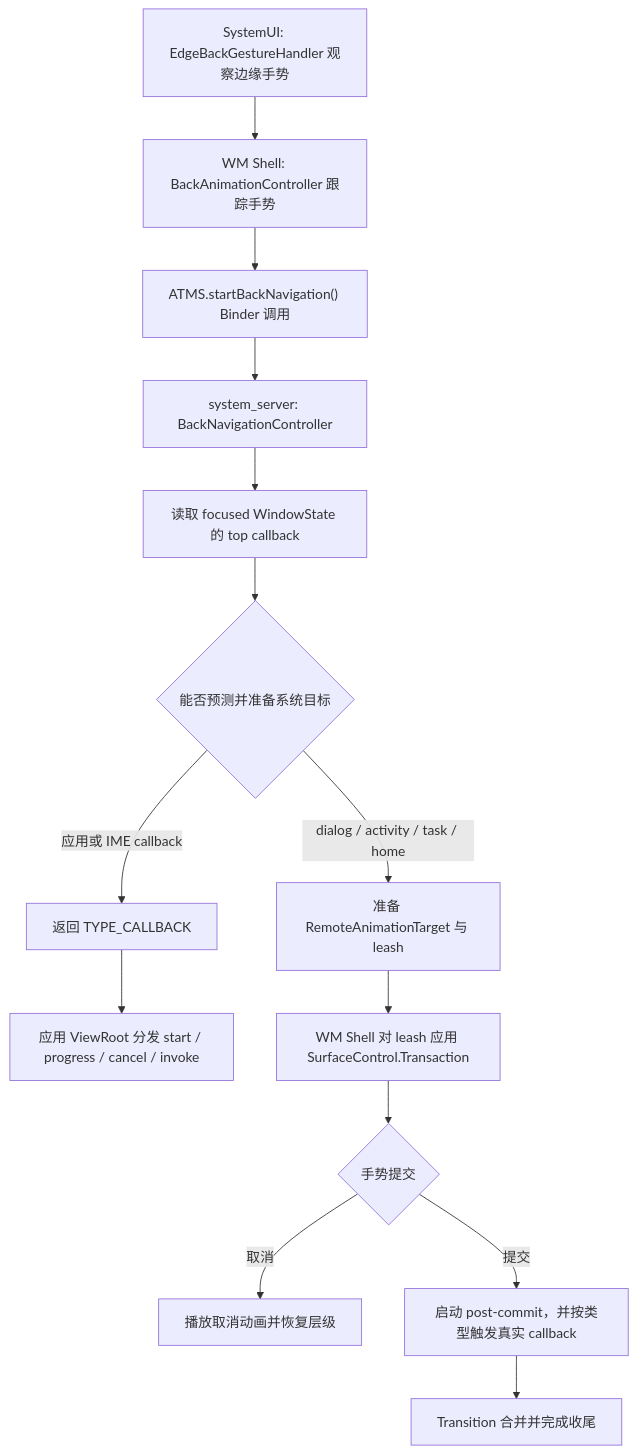
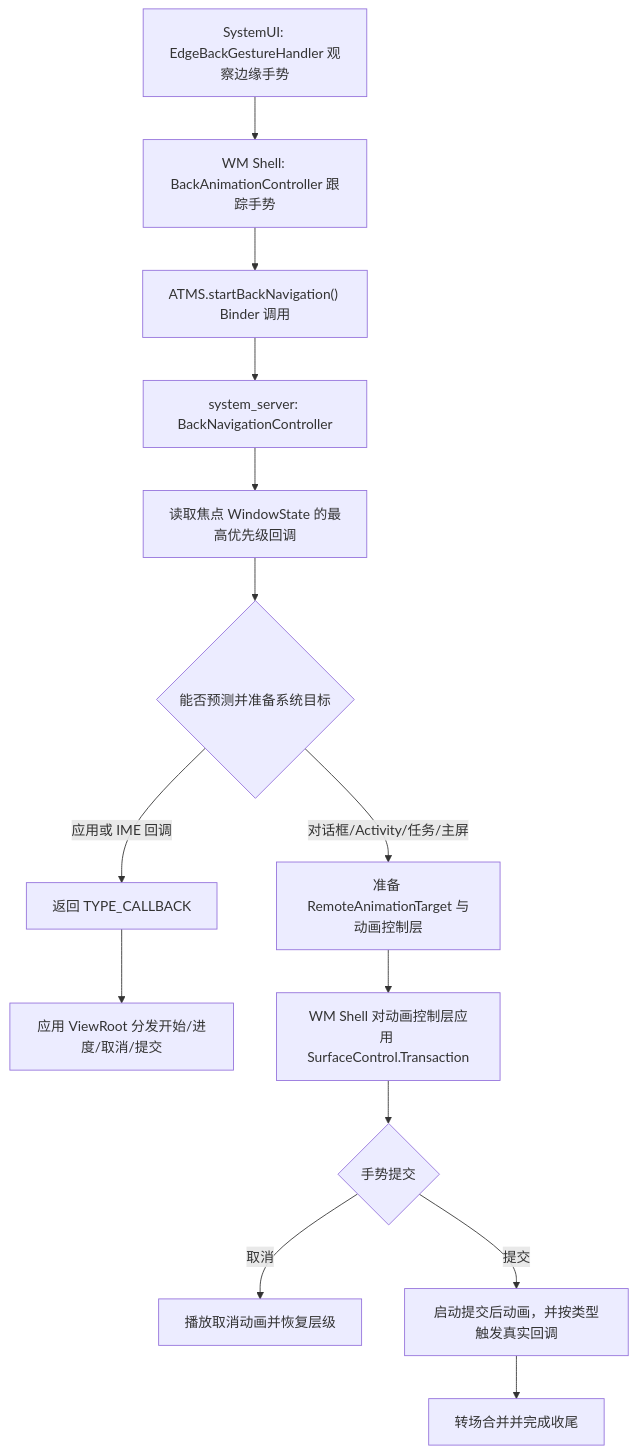
One commit to Gracker/android-internals-wiki changed the first of 2 diagrams in src/part1-fundamentals/ch03-input/12-predictive-back-system-architecture.md. Above: the diagram before and after it, drawn with Mermaid. The commit also changed other lines of this file and 4 other files, not shown here.

````diff
--- a/src/part1-fundamentals/ch03-input/12-predictive-back-system-architecture.md
+++ b/src/part1-fundamentals/ch03-input/12-predictive-back-system-architecture.md
@@ -80,16 +80,16 @@
 ```mermaid
 flowchart TD
     A["SystemUI: EdgeBackGestureHandler 观察边缘手势"] --> B["WM Shell: BackAnimationController 跟踪手势"]
     B --> C["ATMS.startBackNavigation() Binder 调用"]
     C --> D["system_server: BackNavigationController"]
-    D --> E["读取 focused WindowState 的 top callback"]
+    D --> E["读取焦点 WindowState 的最高优先级回调"]
     E --> F{"能否预测并准备系统目标"}
-    F -->|应用或 IME callback| G["返回 TYPE_CALLBACK"]
-    F -->|dialog / activity / task / home| H["准备 RemoteAnimationTarget 与 leash"]
-    G --> I["应用 ViewRoot 分发 start / progress / cancel / invoke"]
-    H --> J["WM Shell 对 leash 应用 SurfaceControl.Transaction"]
+    F -->|应用或 IME 回调| G["返回 TYPE_CALLBACK"]
+    F -->|对话框/Activity/任务/主屏| H["准备 RemoteAnimationTarget 与动画控制层"]
+    G --> I["应用 ViewRoot 分发开始/进度/取消/提交"]
+    H --> J["WM Shell 对动画控制层应用 SurfaceControl.Transaction"]
     J --> K{"手势提交"}
     K -->|取消| L["播放取消动画并恢复层级"]
-    K -->|提交| M["启动 post-commit，并按类型触发真实 callback"]
-    M --> N["Transition 合并并完成收尾"]
+    K -->|提交| M["启动提交后动画，并按类型触发真实回调"]
+    M --> N["转场合并并完成收尾"]
 ```
````
